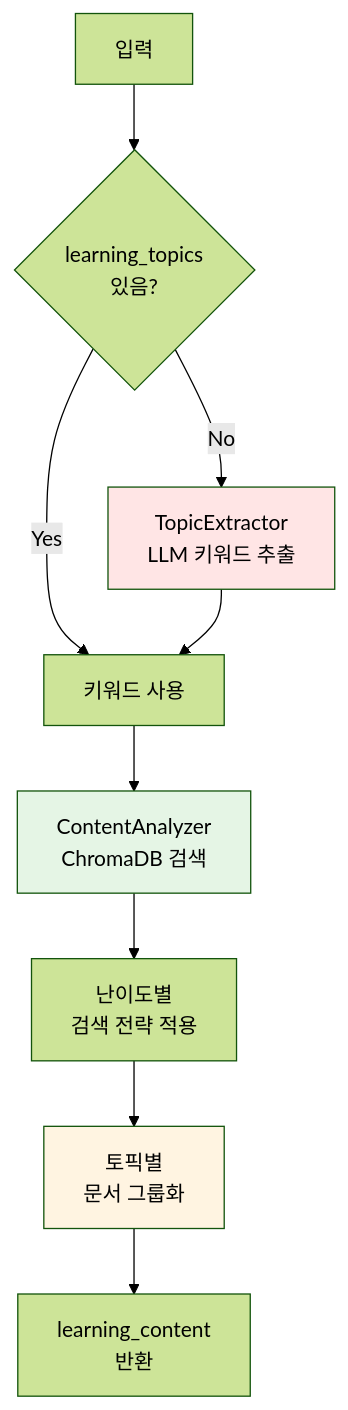
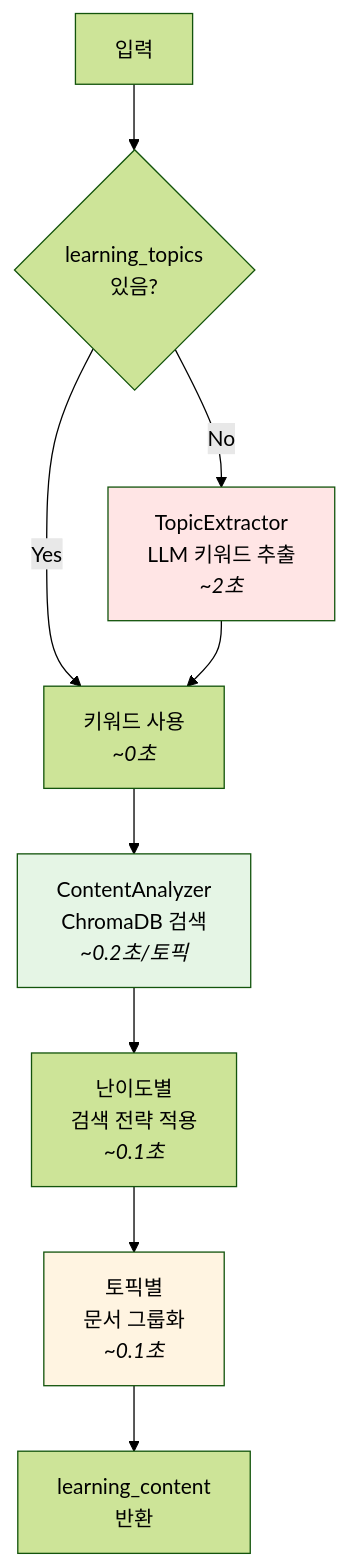
One commit to dkqpeo/obsidian changed the third of 23 diagrams in PROBLEM_WORKFLOW.md. Above: the diagram before and after it, drawn with Mermaid (forest theme). The commit also changed other lines of this file and 1 other file, not shown here.

Commit message:
다이어그램 추가.

````diff
--- a/PROBLEM_WORKFLOW.md
+++ b/PROBLEM_WORKFLOW.md
@@ -65,15 +77,15 @@
 ```mermaid
 flowchart TD
     A[입력] --> B{learning_topics<br/>있음?}
-    B -->|No| C[TopicExtractor<br/>LLM 키워드 추출]
-    B -->|Yes| D[키워드 사용]
+    B -->|No| C[TopicExtractor<br/>LLM 키워드 추출<br/><i>~2초</i>]
+    B -->|Yes| D[키워드 사용<br/><i>~0초</i>]
     C --> D
-    D --> E[ContentAnalyzer<br/>ChromaDB 검색]
-    E --> F[난이도별<br/>검색 전략 적용]
-    F --> G[토픽별<br/>문서 그룹화]
+    D --> E[ContentAnalyzer<br/>ChromaDB 검색<br/><i>~0.2초/토픽</i>]
+    E --> F[난이도별<br/>검색 전략 적용<br/><i>~0.1초</i>]
+    F --> G[토픽별<br/>문서 그룹화<br/><i>~0.1초</i>]
     G --> H[learning_content<br/>반환]
 
     style C fill:#ffe5e5
     style E fill:#e5f5e5
     style G fill:#fff4e1
 ```
````
